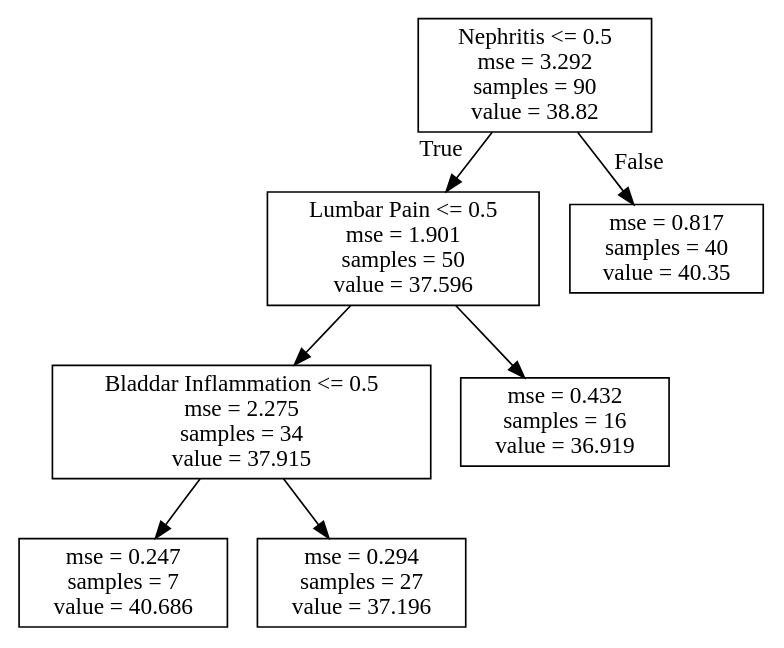
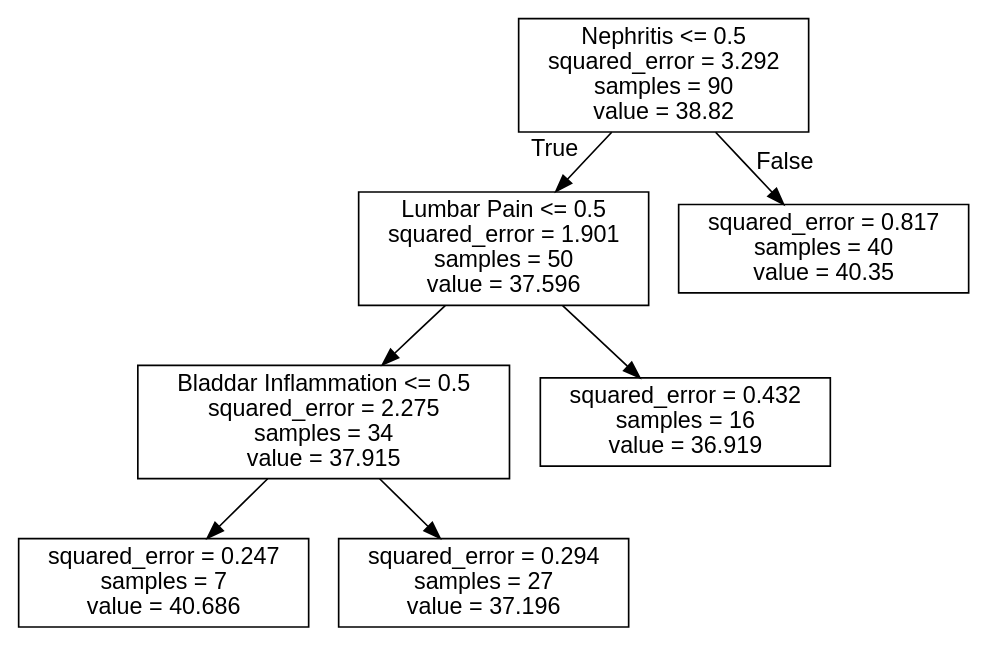
One commit to Miao-Long/hw5 changed the diagram in Notebook/d_dt_alpha_opt.dot. Above: the diagram before and after it, drawn with Graphviz. The commit also changed 3 other files, not shown here.

```diff
--- a/Notebook/d_dt_alpha_opt.dot
+++ b/Notebook/d_dt_alpha_opt.dot
@@ -1,16 +1,17 @@
 digraph Tree {
-node [shape=box] ;
-0 [label="Nephritis <= 0.5\nmse = 3.292\nsamples = 90\nvalue = 38.82"] ;
-1 [label="Lumbar Pain <= 0.5\nmse = 1.901\nsamples = 50\nvalue = 37.596"] ;
+node [shape=box, fontname="helvetica"] ;
+edge [fontname="helvetica"] ;
+0 [label="Nephritis <= 0.5\nsquared_error = 3.292\nsamples = 90\nvalue = 38.82"] ;
+1 [label="Lumbar Pain <= 0.5\nsquared_error = 1.901\nsamples = 50\nvalue = 37.596"] ;
 0 -> 1 [labeldistance=2.5, labelangle=45, headlabel="True"] ;
-2 [label="Bladdar Inflammation <= 0.5\nmse = 2.275\nsamples = 34\nvalue = 37.915"] ;
+2 [label="Bladdar Inflammation <= 0.5\nsquared_error = 2.275\nsamples = 34\nvalue = 37.915"] ;
 1 -> 2 ;
-3 [label="mse = 0.247\nsamples = 7\nvalue = 40.686"] ;
+3 [label="squared_error = 0.247\nsamples = 7\nvalue = 40.686"] ;
 2 -> 3 ;
-4 [label="mse = 0.294\nsamples = 27\nvalue = 37.196"] ;
+4 [label="squared_error = 0.294\nsamples = 27\nvalue = 37.196"] ;
 2 -> 4 ;
-5 [label="mse = 0.432\nsamples = 16\nvalue = 36.919"] ;
+5 [label="squared_error = 0.432\nsamples = 16\nvalue = 36.919"] ;
 1 -> 5 ;
-6 [label="mse = 0.817\nsamples = 40\nvalue = 40.35"] ;
+6 [label="squared_error = 0.817\nsamples = 40\nvalue = 40.35"] ;
 0 -> 6 [labeldistance=2.5, labelangle=-45, headlabel="False"] ;
 }
```
